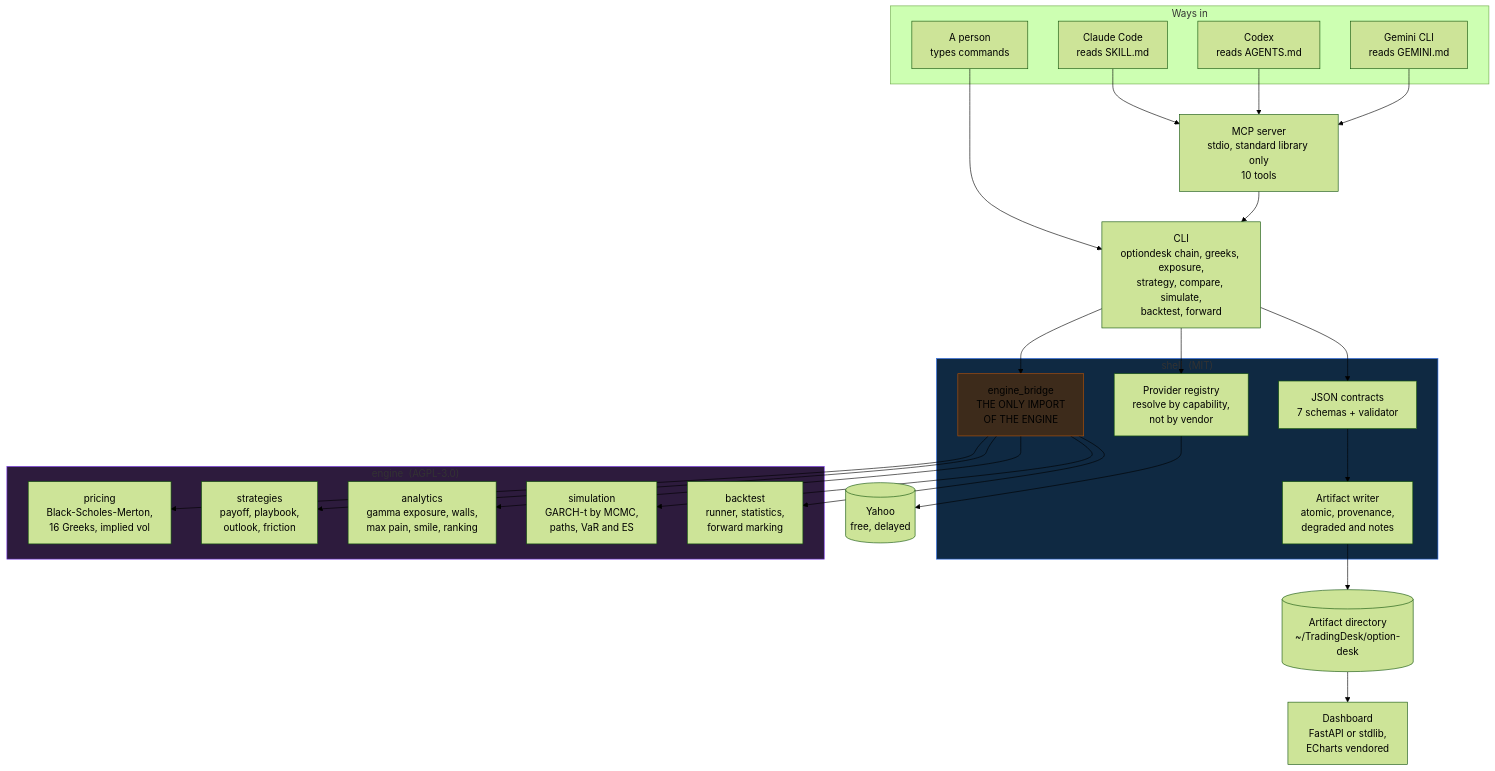
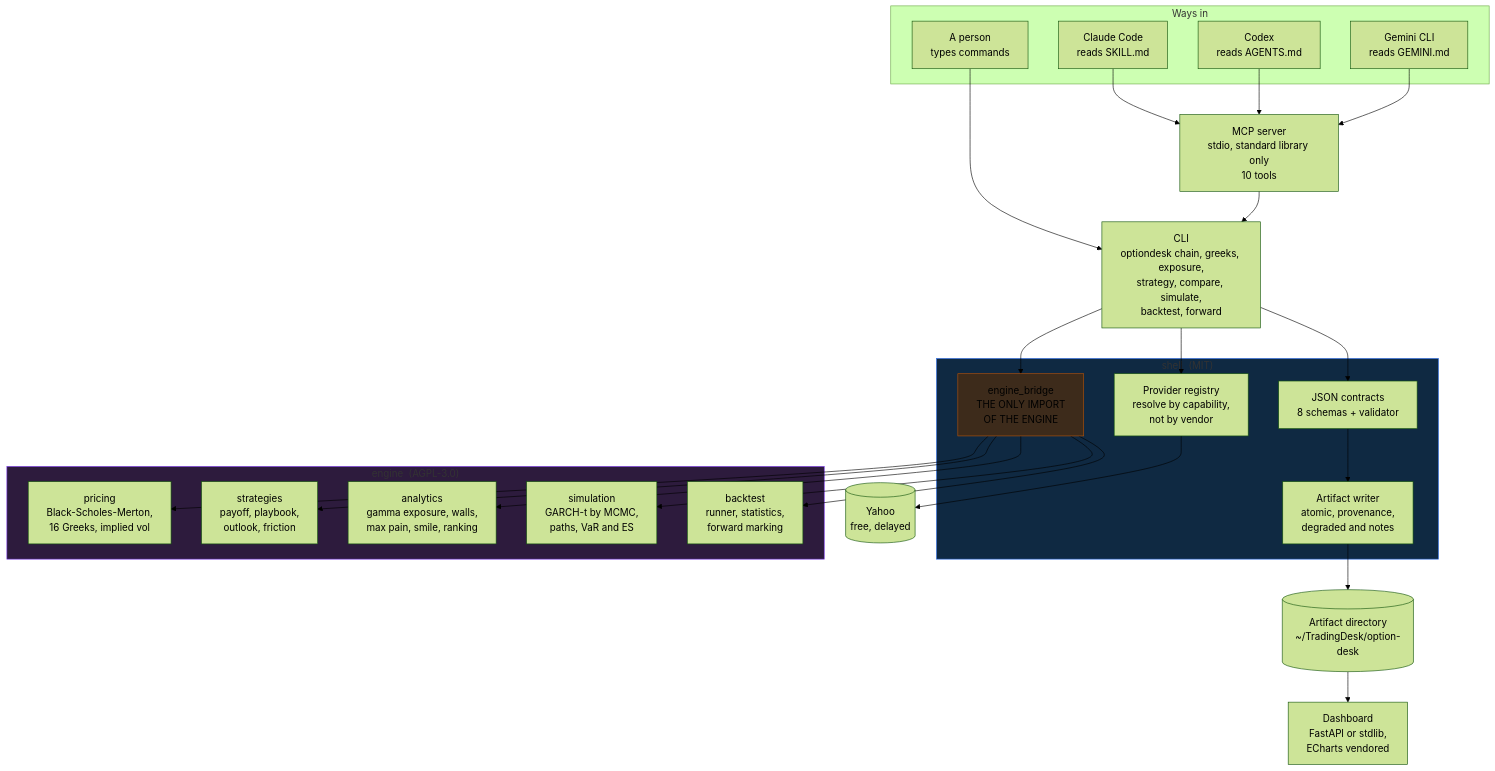
One commit to Iman/agent-driven-options-desk-and-skills changed the first of 7 diagrams in README.md. Above: the diagram before and after it, drawn with Mermaid (forest theme). The commit also changed other lines of this file and 10 other files, not shown here.

````diff
--- a/README.md
+++ b/README.md
@@ -87,53 +89,53 @@
 ```mermaid
 flowchart TB
     subgraph clients["Ways in"]
         claude["Claude Code<br/>reads SKILL.md"]
         codex["Codex<br/>reads AGENTS.md"]
         gemini["Gemini CLI<br/>reads GEMINI.md"]
         human["A person<br/>types commands"]
     end
 
     mcp["MCP server<br/>stdio, standard library only<br/>10 tools"]
     cli["CLI<br/>optiondesk chain, greeks, exposure,<br/>strategy, compare, simulate,<br/>backtest, forward"]
 
     subgraph shell["shell &nbsp;(MIT)"]
         providers["Provider registry<br/>resolve by capability,<br/>not by vendor"]
-        contracts["JSON contracts<br/>7 schemas + validator"]
+        contracts["JSON contracts<br/>8 schemas + validator"]
         artifacts["Artifact writer<br/>atomic, provenance,<br/>degraded and notes"]
         bridge["engine_bridge<br/>THE ONLY IMPORT<br/>OF THE ENGINE"]
     end
 
     subgraph engine["engine &nbsp;(AGPL-3.0)"]
         pricing["pricing<br/>Black-Scholes-Merton,<br/>16 Greeks, implied vol"]
         strategies["strategies<br/>payoff, playbook,<br/>outlook, friction"]
         analytics["analytics<br/>gamma exposure, walls,<br/>max pain, smile, ranking"]
         simulation["simulation<br/>GARCH-t by MCMC,<br/>paths, VaR and ES"]
         backtest["backtest<br/>runner, statistics,<br/>forward marking"]
     end
 
     yahoo[("Yahoo<br/>free, delayed")]
     disk[("Artifact directory<br/>~/TradingDesk/option-desk")]
     dash["Dashboard<br/>FastAPI or stdlib,<br/>ECharts vendored"]
 
     claude --> mcp
     codex --> mcp
     gemini --> mcp
     human --> cli
     mcp --> cli
     cli --> providers
     cli --> bridge
     providers --> yahoo
     bridge --> pricing
     bridge --> strategies
     bridge --> analytics
     bridge --> simulation
     bridge --> backtest
     cli --> contracts
     contracts --> artifacts
     artifacts --> disk
     disk --> dash
 
     style engine fill:#2d1b3d,stroke:#7c3aed
     style shell fill:#0f2942,stroke:#2f6feb
     style bridge fill:#3d2b1b,stroke:#b45309
 ```
````
